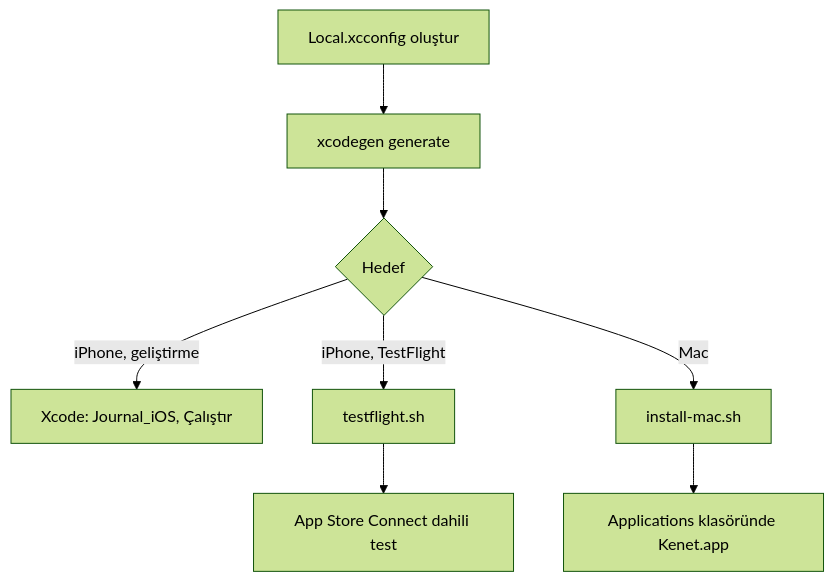
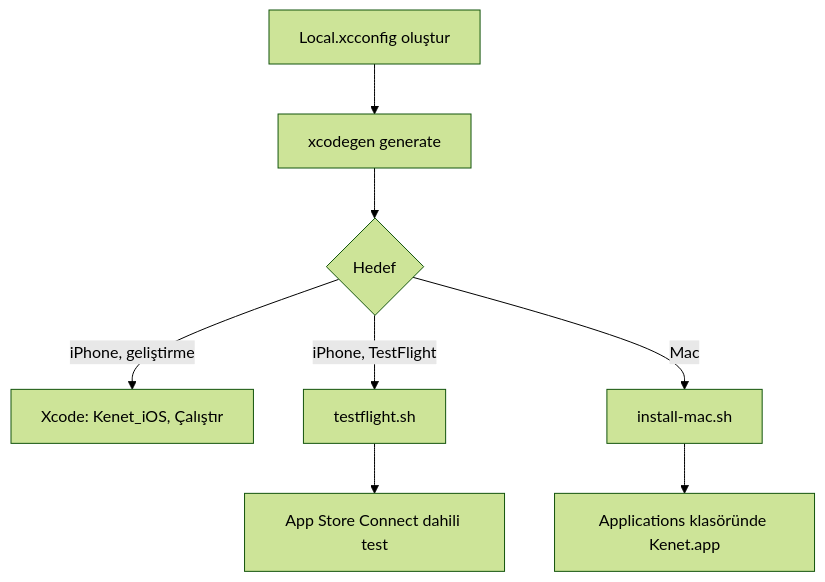
One commit to dogancanyildiz/kenet changed the second of 4 diagrams in README.md. Above: the diagram before and after it, drawn with Mermaid (forest theme). The commit also changed other lines of this file and 967 other files, not shown here.

Commit message:
chore: kod adı Journal yerine Kenet (#399)

````diff
--- a/README.md
+++ b/README.md
@@ -183,10 +183,10 @@
 ```mermaid
 flowchart TD
   A[Local.xcconfig oluştur] --> B[xcodegen generate]
   B --> C{Hedef}
-  C -->|iPhone, geliştirme| D[Xcode: Journal_iOS, Çalıştır]
+  C -->|iPhone, geliştirme| D[Xcode: Kenet_iOS, Çalıştır]
   C -->|iPhone, TestFlight| E[testflight.sh]
   C -->|Mac| F[install-mac.sh]
   E --> G[App Store Connect dahili test]
   F --> H["Applications klasöründe Kenet.app"]
 ```
````
